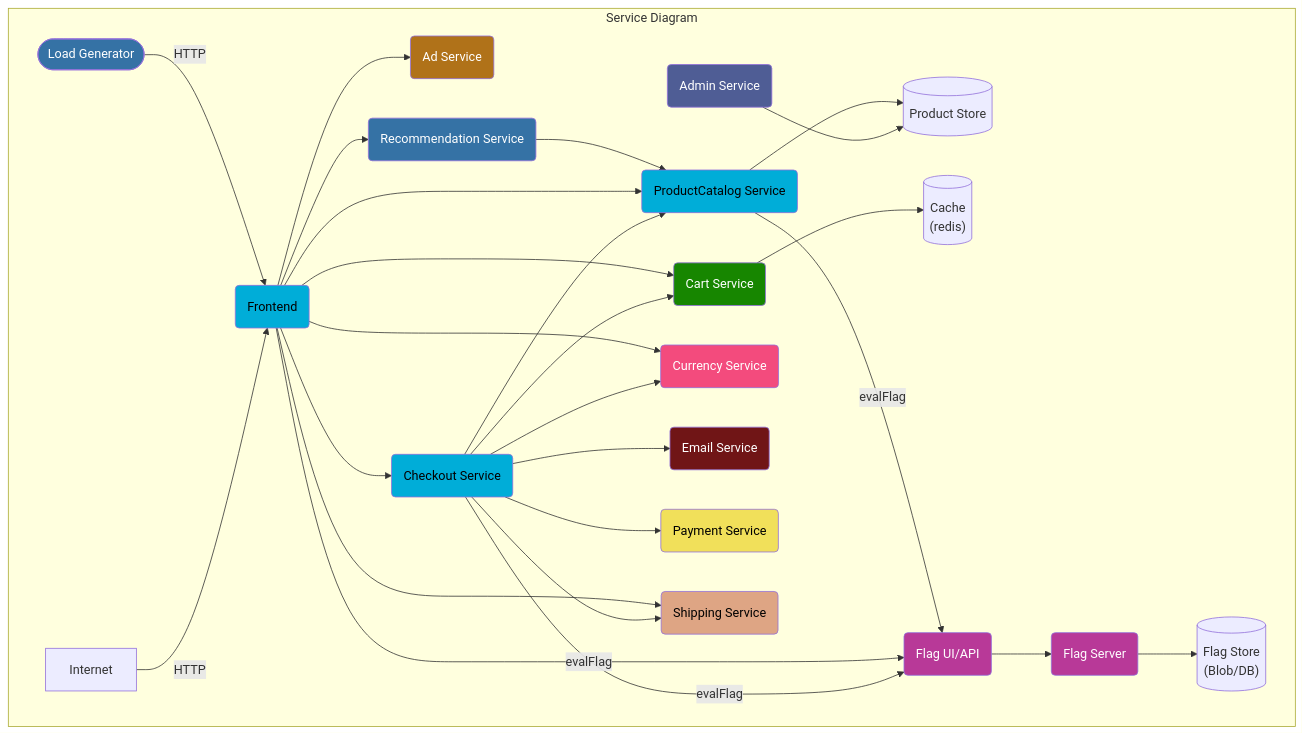
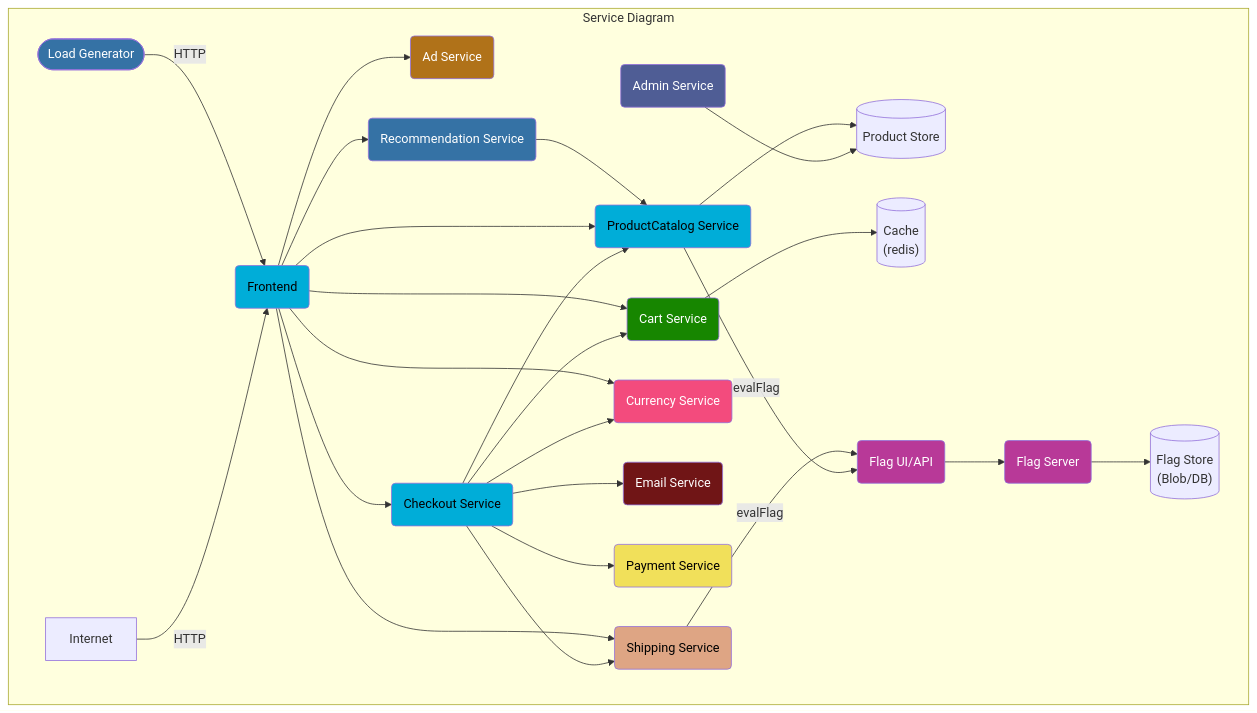
Before and after one commit to mohamed3637/opentelemetry-demo: the first of 2 diagrams in docs/v1Graph.md, drawn with Mermaid. The commit also changed other lines of this file and 1 other file, not shown here.

Commit message:
Service table and graph cleanup (#266)

````diff
--- a/docs/v1Graph.md
+++ b/docs/v1Graph.md
@@ -5,61 +6,61 @@
 ```mermaid
 graph TD
 
 subgraph Service Diagram
 adservice(Ad Service):::java
 cache[(Cache<br/>&#40redis&#41)]
 cartservice(Cart Service):::dotnet
 checkoutservice(Checkout Service):::golang
 currencyservice(Currency Service):::cpp
 emailservice(Email Service):::ruby
 frontend(Frontend):::golang
 loadgenerator([Load Generator]):::python
 paymentservice(Payment Service):::nodejs
 productcatalogservice(ProductCatalog Service):::golang
 recommendationservice(Recommendation Service):::python
 shippingservice(Shipping Service):::rust
 adminservice(Admin Service):::php
 productstore[(Product Store)]:::db
 
 Internet -->|HTTP| frontend
 loadgenerator -->|HTTP| frontend
 adminservice --> productstore
 
 checkoutservice --> cartservice --> cache
 checkoutservice --> productcatalogservice
 checkoutservice --> currencyservice
 checkoutservice --> emailservice
 checkoutservice --> paymentservice
 checkoutservice --> shippingservice
-checkoutservice --> |evalFlag| featureflagfeservice
 
 frontend --> adservice
 frontend --> cartservice
 frontend --> productcatalogservice
 frontend --> checkoutservice
 frontend --> currencyservice
 frontend --> recommendationservice --> productcatalogservice
 frontend --> shippingservice
-frontend --> |evalFlag| featureflagfeservice
 
 productcatalogservice --> |evalFlag| featureflagfeservice
 productcatalogservice --> productstore
+
+shippingservice --> |evalFlag| featureflagfeservice
 
 featureflagbeservice(Flag Server):::erlang
 featureflagfeservice(Flag UI/API):::erlang
 featureflagstore[(Flag Store<br/>&#40Blob/DB&#41)]
 
 featureflagfeservice --> featureflagbeservice --> featureflagstore
 
 end
 classDef java fill:#b07219,color:white;
 classDef dotnet fill:#178600,color:white;
 classDef golang fill:#00add8,color:black;
 classDef cpp fill:#f34b7d,color:white;
 classDef ruby fill:#701516,color:white;
 classDef python fill:#3572A5,color:white;
 classDef nodejs fill:#f1e05a,color:black;
 classDef rust fill:#dea584,color:black;
 classDef erlang fill:#b83998,color:white;
 classDef php fill:#4f5d95,color:white;
 ```
````
